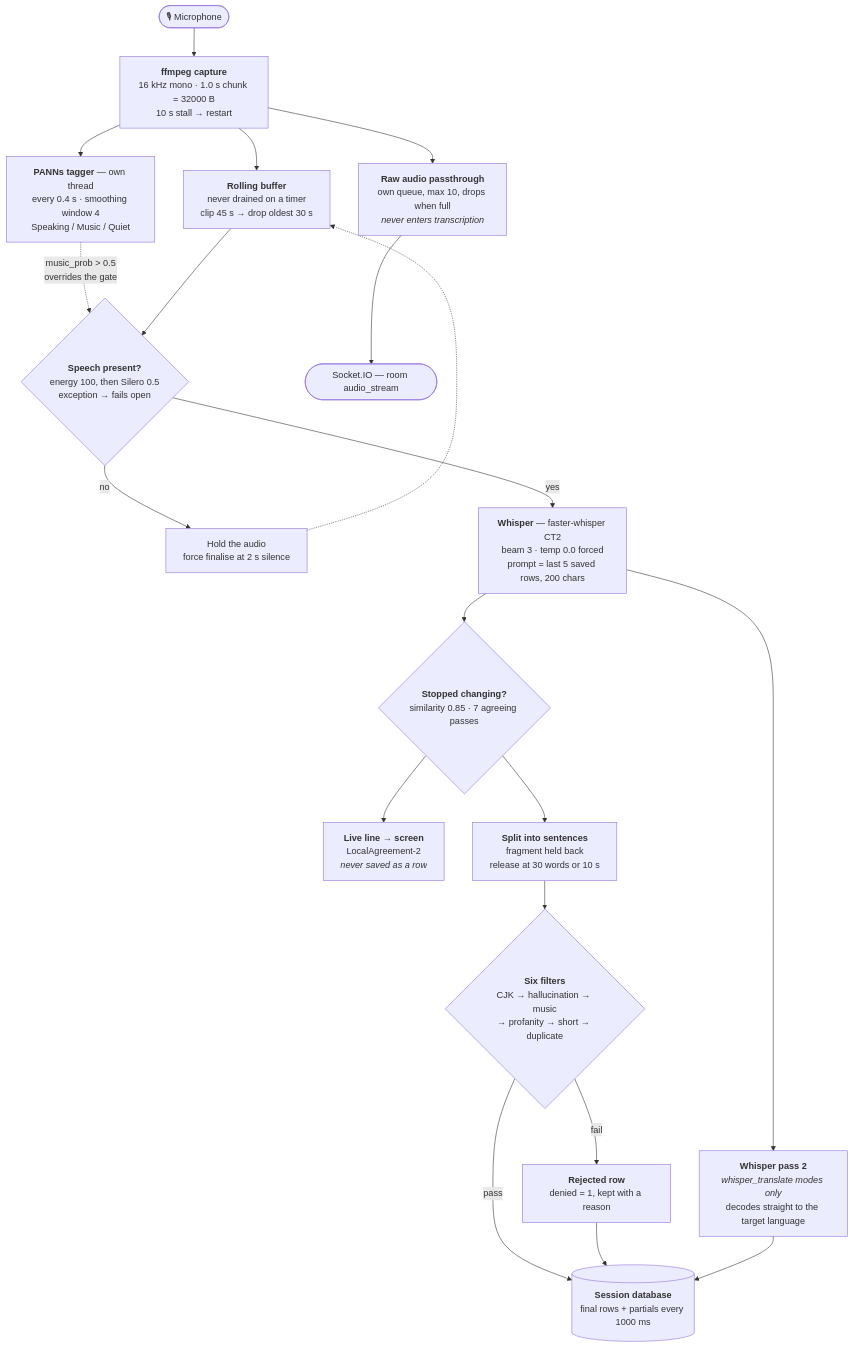
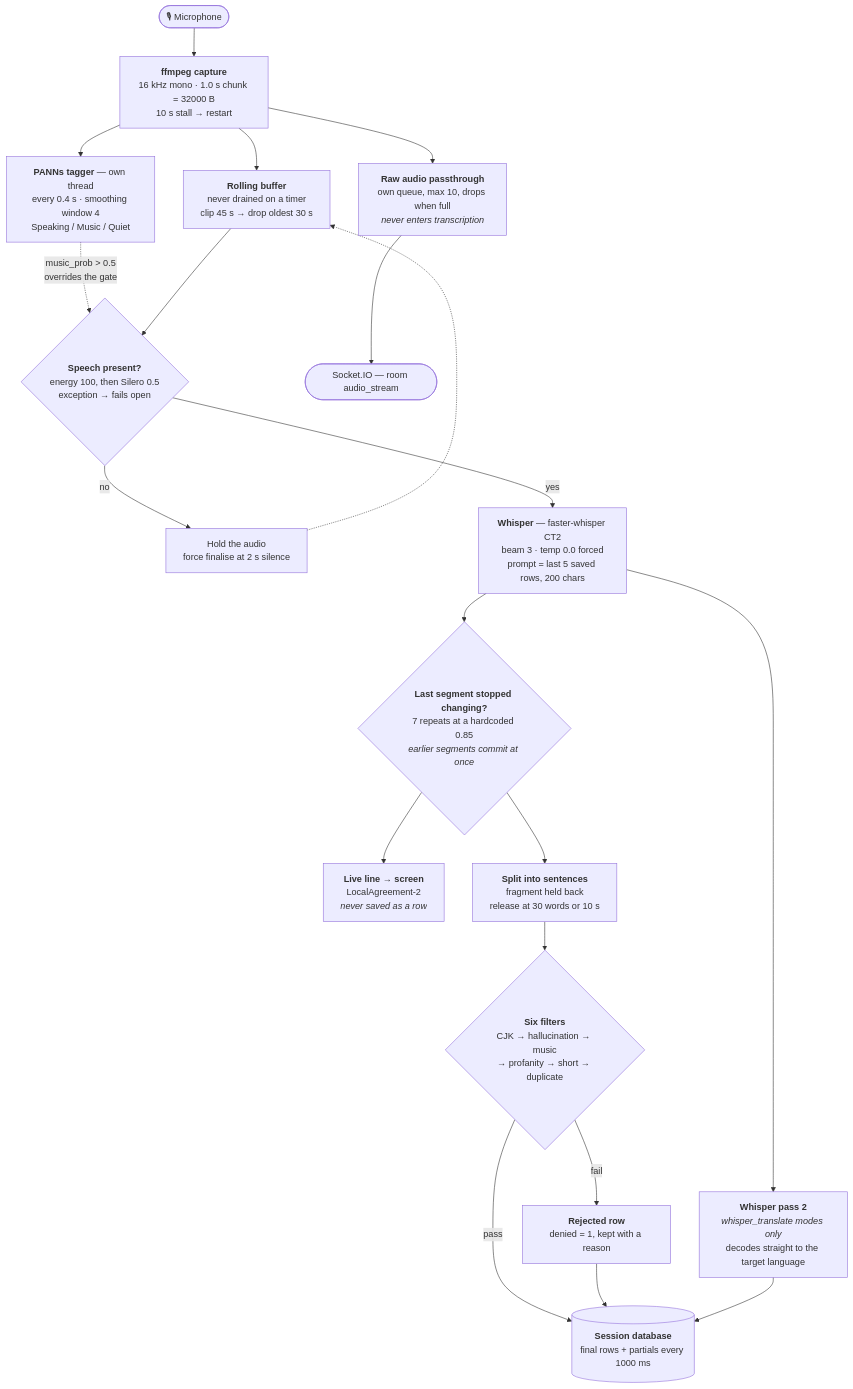
The second of 12 diagrams in PIPELINE.md (ChurchPresenter/STT), drawn with Mermaid before and after one commit. The commit also changed other lines of this file, not shown here.

````diff
--- a/PIPELINE.md
+++ b/PIPELINE.md
@@ -69,37 +69,37 @@
 ```mermaid
 flowchart TD
     MIC(["🎙 Microphone"])
     FF["<b>ffmpeg capture</b><br/>16 kHz mono · 1.0 s chunk = 32000 B<br/>10 s stall → restart"]
     PAN["<b>PANNs tagger</b> — own thread<br/>every 0.4 s · smoothing window 4<br/>Speaking / Music / Quiet"]
     BUF["<b>Rolling buffer</b><br/>never drained on a timer<br/>clip 45 s → drop oldest 30 s"]
     VAD{"<b>Speech present?</b><br/>energy 100, then Silero 0.5<br/>exception → fails open"}
     HOLD["Hold the audio<br/>force finalise at 2 s silence"]
     WSP["<b>Whisper</b> — faster-whisper CT2<br/>beam 3 · temp 0.0 forced<br/>prompt = last 5 saved rows, 200 chars"]
     P2["<b>Whisper pass 2</b><br/><i>whisper_translate modes only</i><br/>decodes straight to the target language"]
-    FIN{"<b>Stopped changing?</b><br/>similarity 0.85 · 7 agreeing passes"}
+    FIN{"<b>Last segment stopped changing?</b><br/>7 repeats at a hardcoded 0.85<br/><i>earlier segments commit at once</i>"}
     LIVE["<b>Live line → screen</b><br/>LocalAgreement-2<br/><i>never saved as a row</i>"]
     SPL["<b>Split into sentences</b><br/>fragment held back<br/>release at 30 words or 10 s"]
     FLT{"<b>Six filters</b><br/>CJK → hallucination → music<br/>→ profanity → short → duplicate"}
     REJ["<b>Rejected row</b><br/>denied = 1, kept with a reason"]
     DB[("<b>Session database</b><br/>final rows + partials every 1000 ms")]
 
     MIC --> FF
     FF --> BUF
     FF --> PAN
     FF --> AUD["<b>Raw audio passthrough</b><br/>own queue, max 10, drops when full<br/><i>never enters transcription</i>"]
     AUD --> SIO(["Socket.IO — room audio_stream"])
     PAN -.->|music_prob &gt; 0.5<br/>overrides the gate| VAD
     BUF --> VAD
     VAD -->|no| HOLD
     HOLD -.-> BUF
     VAD -->|yes| WSP
     WSP --> FIN
     WSP --> P2
     FIN --> LIVE
     FIN --> SPL
     SPL --> FLT
     FLT -->|pass| DB
     FLT -->|fail| REJ
     REJ --> DB
     P2 --> DB
 ```
````
